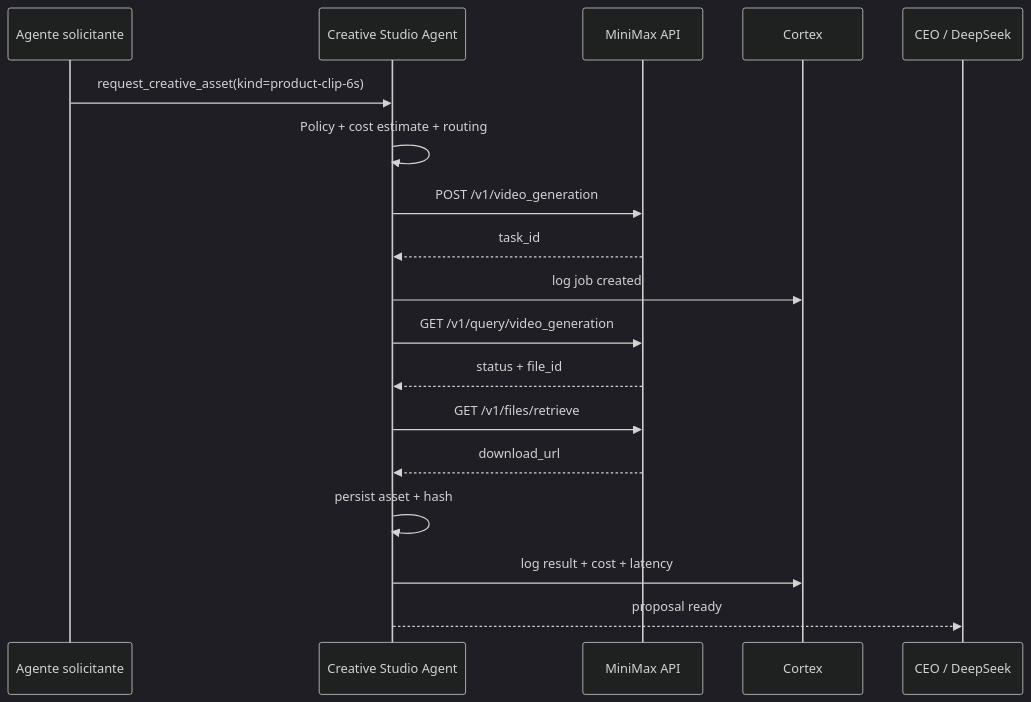
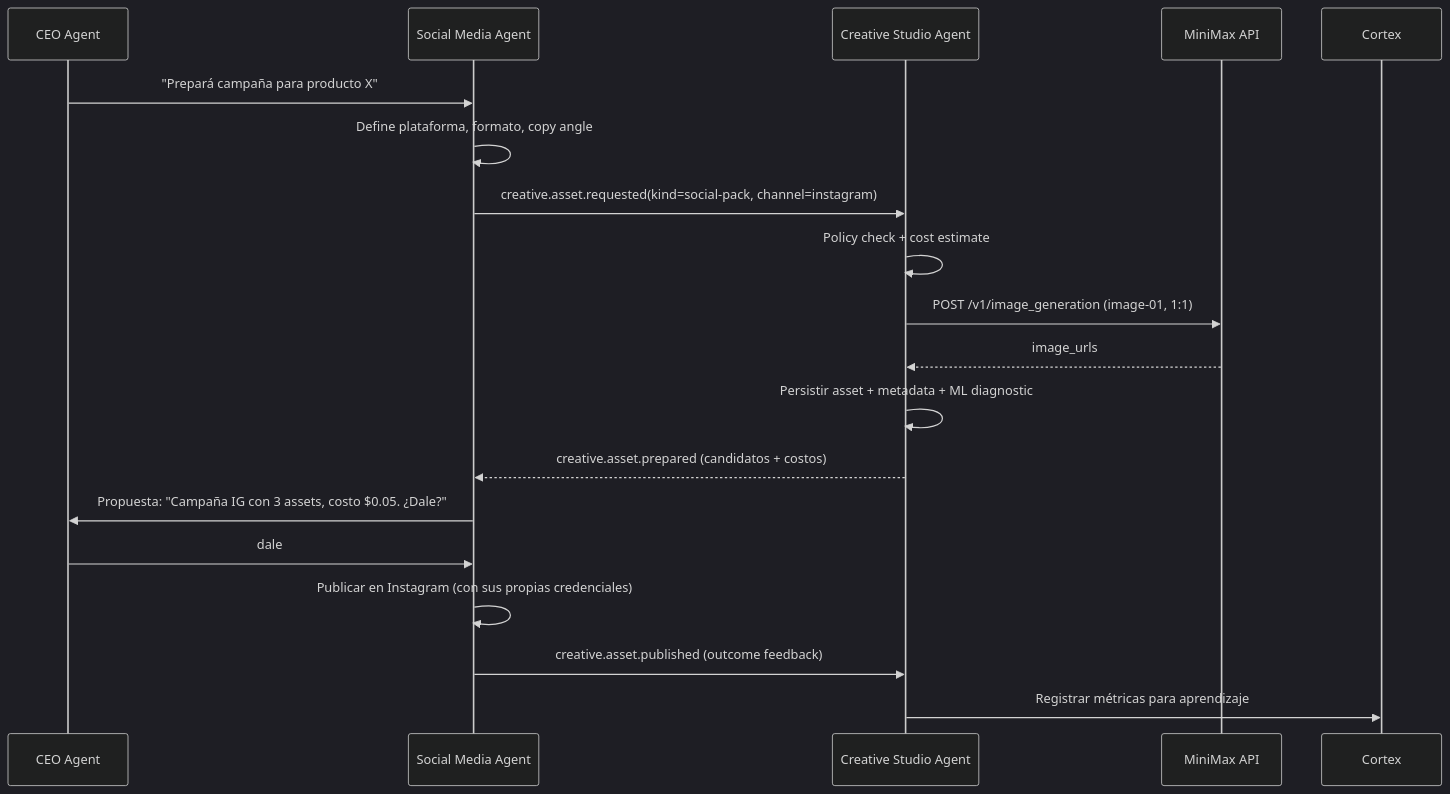
One commit to riquelmechile/Msl changed the diagram in docs/creative-studio-minimax-integration.md. Above: the diagram before and after it, drawn with Mermaid (dark theme). The commit also changed other lines of this file and 148 other files, not shown here.

First line of the commit message:
feat(creative-studio): add Creative Studio Agent with MiniMax integration

````diff
--- a/docs/creative-studio-minimax-integration.md
+++ b/docs/creative-studio-minimax-integration.md
@@ -368,21 +559,21 @@
 ```mermaid
 sequenceDiagram
-    participant A as Agente solicitante
-    participant S as Creative Studio Agent
-    participant M as MiniMax API
-    participant C as Cortex
-    participant CEO as CEO / DeepSeek
+    participant CEO as CEO Agent
+    participant SM as Social Media Agent
+    participant CS as Creative Studio Agent
+    participant MM as MiniMax API
 
-    A->>S: request_creative_asset(kind=product-clip-6s)
-    S->>S: Policy + cost estimate + routing
-    S->>M: POST /v1/video_generation
-    M-->>S: task_id
-    S->>C: log job created
-    S->>M: GET /v1/query/video_generation
-    M-->>S: status + file_id
-    S->>M: GET /v1/files/retrieve
-    M-->>S: download_url
-    S->>S: persist asset + hash
-    S->>C: log result + cost + latency
-    S-->>CEO: proposal ready
+    CEO->>SM: "Prepará campaña para producto X"
+    SM->>SM: Define plataforma, formato, copy angle
+    SM->>CS: creative.asset.requested(kind=social-pack, channel=instagram)
+    CS->>CS: Policy check + cost estimate
+    CS->>MM: POST /v1/image_generation (image-01, 1:1)
+    MM-->>CS: image_urls
+    CS->>CS: Persistir asset + metadata + ML diagnostic
+    CS-->>SM: creative.asset.prepared (candidatos + costos)
+    SM->>CEO: Propuesta: "Campaña IG con 3 assets, costo $0.05. ¿Dale?"
+    CEO->>SM: dale
+    SM->>SM: Publicar en Instagram (con sus propias credenciales)
+    SM->>CS: creative.asset.published (outcome feedback)
+    CS->>Cortex: Registrar métricas para aprendizaje
 ```
````
